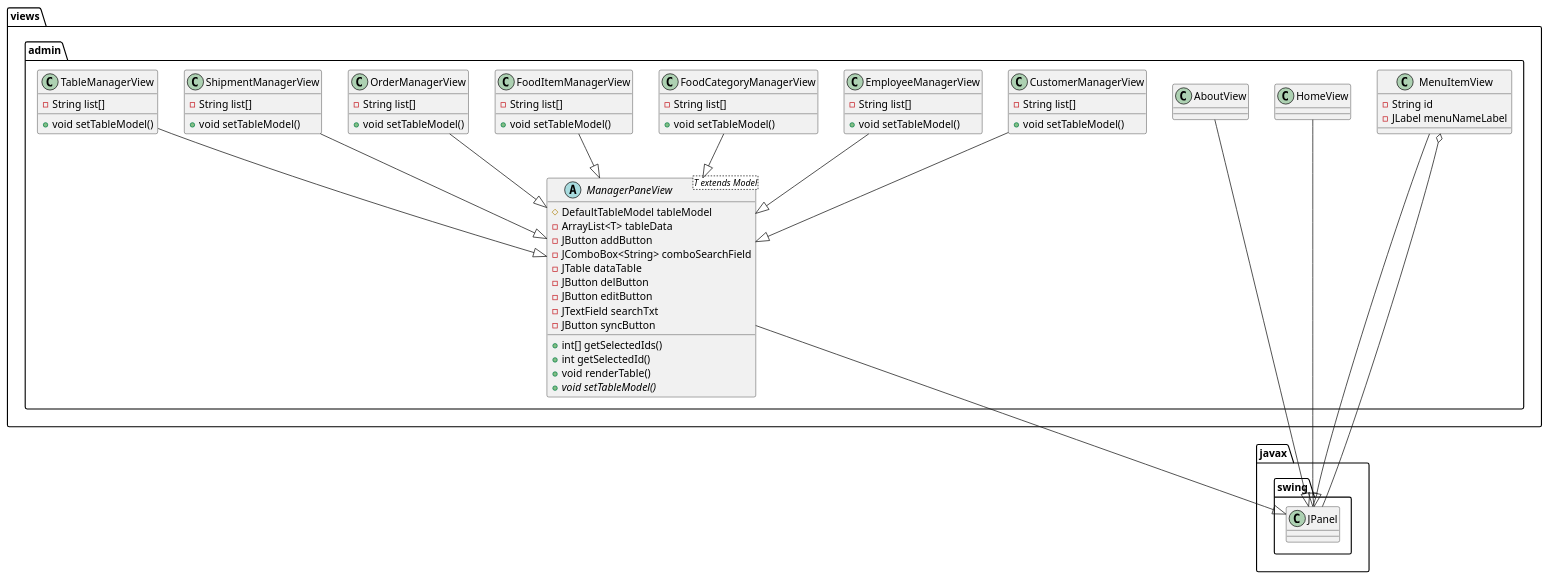
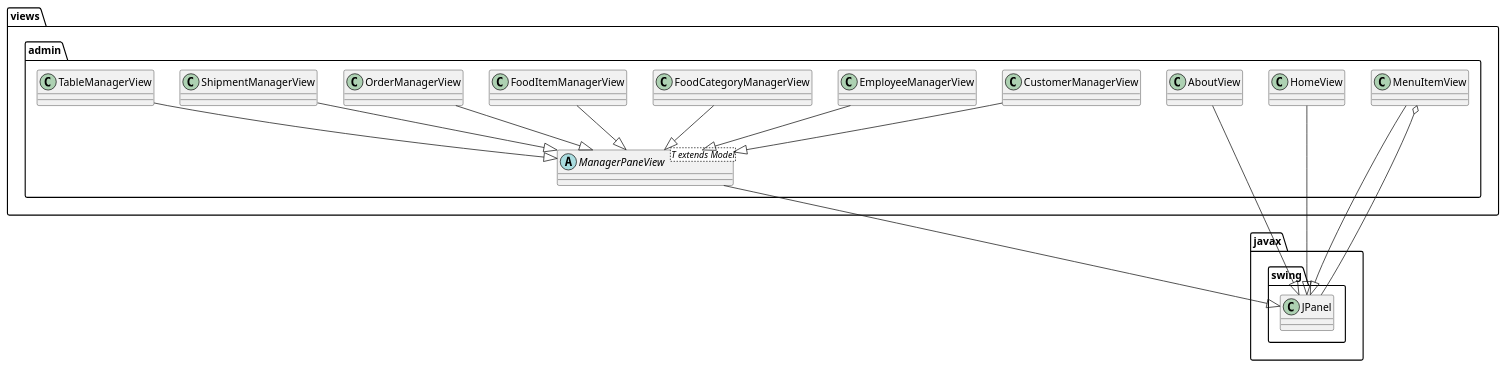
One commit to PTIT-D22KH/milktea_sales_management_project changed the diagram in report/diagrams/view_admin_class_diagram.puml. Above: the diagram before and after it, drawn with PlantUML. The commit also changed 60 other files, not shown here.

```diff
--- a/report/diagrams/view_admin_class_diagram.puml
+++ b/report/diagrams/view_admin_class_diagram.puml
@@ -1,74 +1,53 @@
 @startuml
 package views.admin {
     abstract class ManagerPaneView<T extends Model> {
-        # DefaultTableModel tableModel
-        - ArrayList<T> tableData
-        - JButton addButton
-        - JComboBox<String> comboSearchField
-        - JTable dataTable
-        - JButton delButton
-        - JButton editButton
-        - JTextField searchTxt
-        - JButton syncButton
-        + int[] getSelectedIds()
-        + int getSelectedId()
-        + void renderTable()
-        + {abstract} void setTableModel()
+
     }
     class AboutView
     class HomeView
     
     class CustomerManagerView {
-        - String list[]
-        + void setTableModel()
+
     }
 
     class EmployeeManagerView {
-        - String list[]
-        + void setTableModel()
+
     }
 
     class FoodCategoryManagerView {
-        - String list[]
-        + void setTableModel()
+
     }
 
     class FoodItemManagerView {
-        - String list[]
-        + void setTableModel()
+
     }
 
     class OrderManagerView {
-        - String list[]
-        + void setTableModel()
+
     }
 
     class ShipmentManagerView {
-        - String list[]
-        + void setTableModel()
+
     }
 
     class TableManagerView {
-        - String list[]
-        + void setTableModel()
+
     }
     class MenuItemView {
-        - String id
-        - JLabel menuNameLabel
     }
 }
 views.admin.ManagerPaneView --|> javax.swing.JPanel
 
 views.admin.CustomerManagerView --|> views.admin.ManagerPaneView
 views.admin.EmployeeManagerView --|> views.admin.ManagerPaneView
 views.admin.FoodCategoryManagerView --|> views.admin.ManagerPaneView
 views.admin.FoodItemManagerView --|> views.admin.ManagerPaneView
 views.admin.OrderManagerView --|> views.admin.ManagerPaneView
 views.admin.ShipmentManagerView --|> views.admin.ManagerPaneView
 views.admin.TableManagerView --|> views.admin.ManagerPaneView
 views.admin.HomeView --|> javax.swing.JPanel
 views.admin.AboutView --|> javax.swing.JPanel
 
 views.admin.MenuItemView --|> javax.swing.JPanel
 views.admin.MenuItemView o-- javax.swing.JPanel
 @enduml
```
